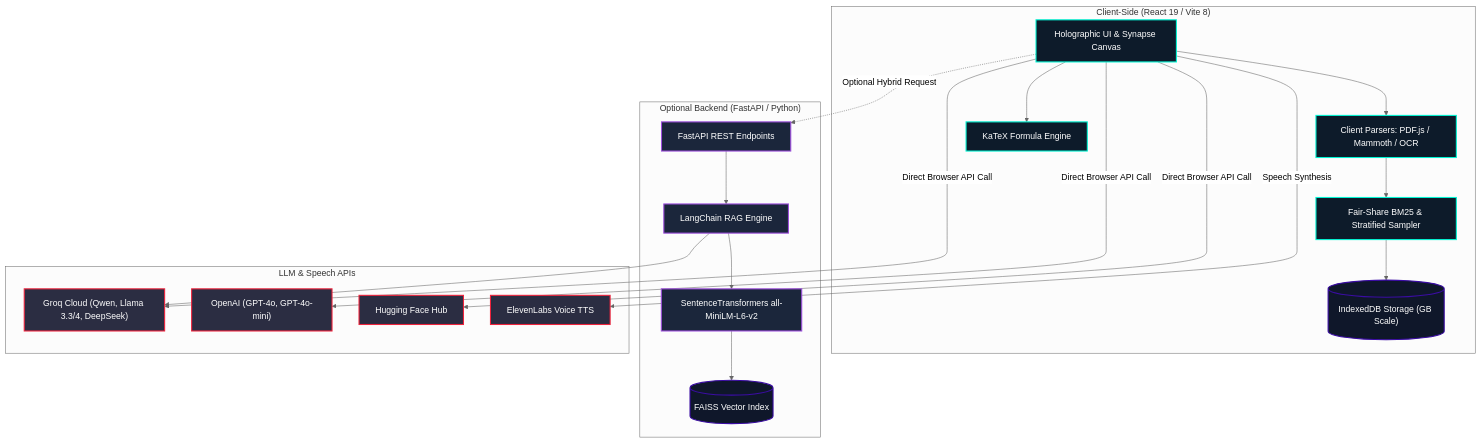
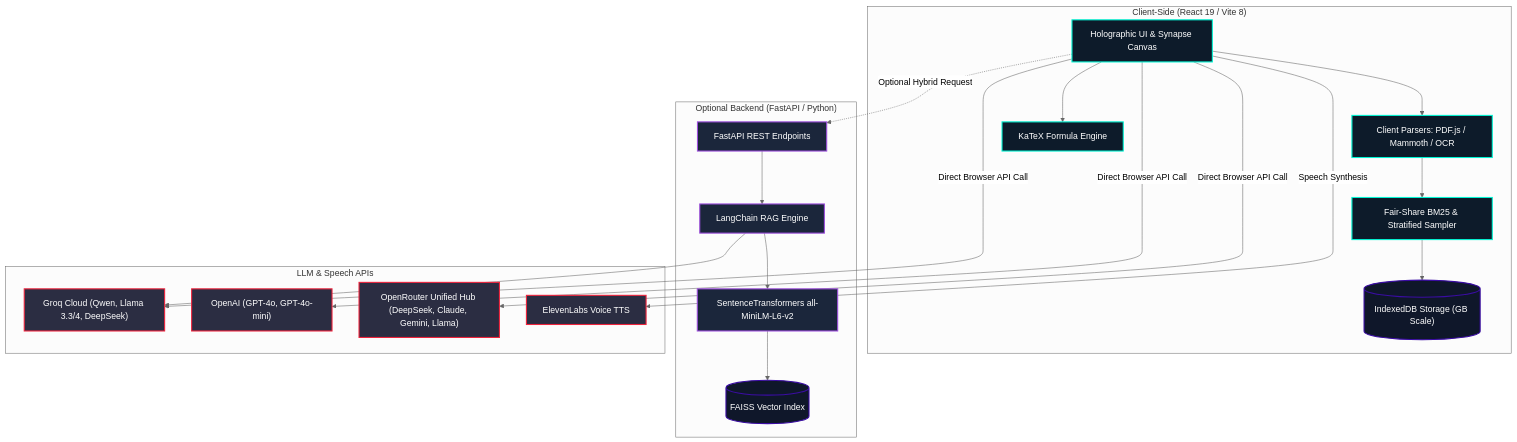
The diagram in README.md (udityamerit/NeuroLens-Knowledge-Retrieval-Engine), drawn with Mermaid (neutral theme) before and after one commit. The commit also changed other lines of this file and 3 other files, not shown here.

Commit message:
feat: replace Hugging Face with OpenRouter integration and add universal model search

````diff
--- a/README.md
+++ b/README.md
@@ -77,48 +77,48 @@
 ```mermaid
 graph TD
     classDef client fill:#0d1b2a,stroke:#00f5d4,stroke-width:2px,color:#fff;
     classDef server fill:#1b263b,stroke:#9d4edd,stroke-width:2px,color:#fff;
     classDef database fill:#0f172a,stroke:#3a0ca3,stroke-width:2px,color:#fff;
     classDef external fill:#2b2d42,stroke:#ef233c,stroke-width:2px,color:#fff;
 
     subgraph Browser ["Client-Side (React 19 / Vite 8)"]
         UI["Holographic UI & Synapse Canvas"]:::client
         DocParser["Client Parsers: PDF.js / Mammoth / OCR"]:::client
         BM25["Fair-Share BM25 & Stratified Sampler"]:::client
         IndexedDB[("IndexedDB Storage (GB Scale)")]:::database
         KaTeX["KaTeX Formula Engine"]:::client
     end
 
     subgraph BackendServer ["Optional Backend (FastAPI / Python)"]
         API["FastAPI REST Endpoints"]:::server
         RAG["LangChain RAG Engine"]:::server
         Embedder["SentenceTransformers all-MiniLM-L6-v2"]:::server
         FAISS[("FAISS Vector Index")]:::database
     end
 
     subgraph Providers ["LLM & Speech APIs"]
         Groq["Groq Cloud (Qwen, Llama 3.3/4, DeepSeek)"]:::external
         OpenAI["OpenAI (GPT-4o, GPT-4o-mini)"]:::external
-        HF["Hugging Face Hub"]:::external
+        OpenRouter["OpenRouter Unified Hub (DeepSeek, Claude, Gemini, Llama)"]:::external
         ElevenLabs["ElevenLabs Voice TTS"]:::external
     end
 
     %% Client flow
     UI --> DocParser
     DocParser --> BM25
     BM25 --> IndexedDB
     UI --> KaTeX
 
     %% Direct browser to LLM
     UI -->|Direct Browser API Call| Groq
     UI -->|Direct Browser API Call| OpenAI
-    UI -->|Direct Browser API Call| HF
+    UI -->|Direct Browser API Call| OpenRouter
     UI -->|Speech Synthesis| ElevenLabs
 
     %% Hybrid mode
     UI -.->|Optional Hybrid Request| API
     API --> RAG
     RAG --> Embedder
     Embedder --> FAISS
     RAG --> Groq
 ```
````
